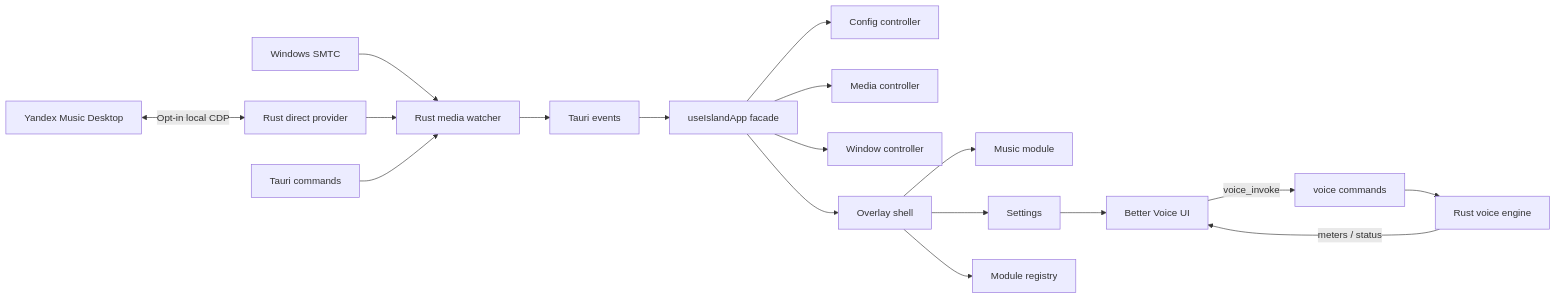
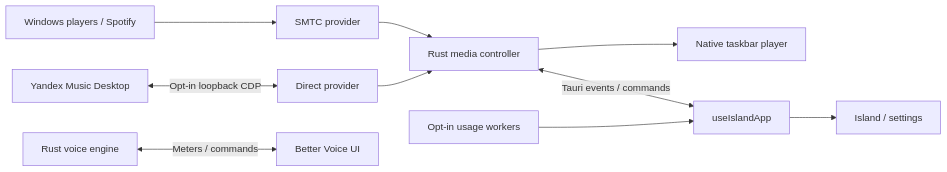
The diagram in README.md (redheadesign/music-island), drawn with Mermaid before and after one commit. The commit also changed other lines of this file and 217 other files, not shown here.

Commit message:
Release Music Island 2.0

````diff
--- a/README.md
+++ b/README.md
@@ -32,20 +55,12 @@
 ```mermaid
 flowchart LR
-  SMTC[Windows SMTC] --> MediaWatcher[Rust media watcher]
-  Yandex[Yandex Music Desktop] <-->|Opt-in local CDP| DirectProvider[Rust direct provider]
-  DirectProvider --> MediaWatcher
-  MediaWatcher --> Events[Tauri events]
-  Commands[Tauri commands] --> MediaWatcher
-  Events --> AppFacade[useIslandApp facade]
-  AppFacade --> ConfigController[Config controller]
-  AppFacade --> MediaController[Media controller]
-  AppFacade --> WindowController[Window controller]
-  AppFacade --> Overlay[Overlay shell]
-  Overlay --> Music[Music module]
-  Overlay --> Settings[Settings]
-  Settings --> BetterVoice[Better Voice UI]
-  Overlay --> Registry[Module registry]
-  BetterVoice -->|voice_invoke| VoiceCmds[voice commands]
-  VoiceCmds --> VoiceEngine[Rust voice engine]
-  VoiceEngine -->|meters / status| BetterVoice
+  Players[Windows players / Spotify] --> SMTC[SMTC provider]
+  Yandex[Yandex Music Desktop] <-->|Opt-in loopback CDP| Direct[Direct provider]
+  SMTC --> Media[Rust media controller]
+  Direct --> Media
+  Media --> Native[Native taskbar player]
+  Media <-->|Tauri events / commands| App[useIslandApp]
+  App --> Island[Island / settings]
+  Usage[Opt-in usage workers] --> App
+  Voice[Rust voice engine] <-->|Meters / commands| BetterVoice[Better Voice UI]
 ```
````
